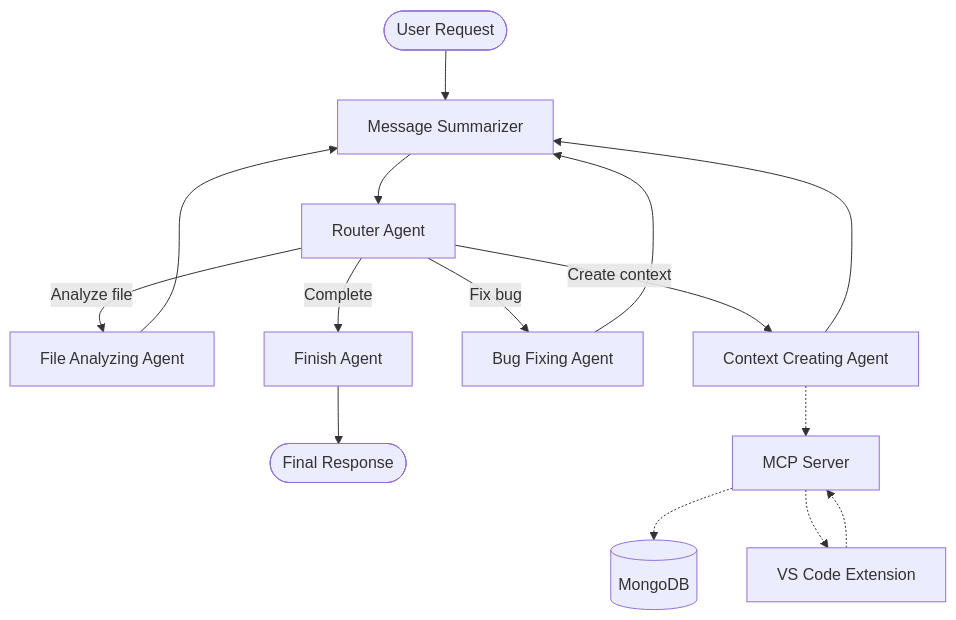
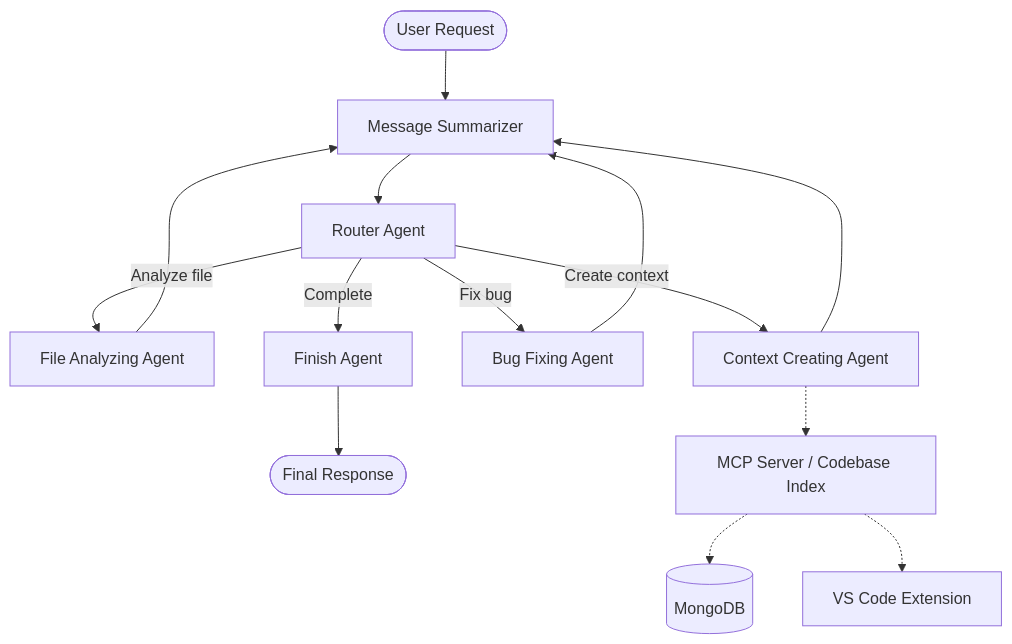
One commit to aryanKaga/project-nyxus changed the third of 3 diagrams in README.md. Above: the diagram before and after it, drawn with Mermaid. The commit also changed other lines of this file, not shown here.

Commit message:
docs: generate comprehensive project README covering architecture, workspace staging lifecycle, context questions, and answer.md design

````diff
--- a/README.md
+++ b/README.md
@@ -5,24 +228,21 @@
 ```mermaid
 flowchart TD
-
     START([User Request]) --> MS[Message Summarizer]
 
     MS --> R[Router Agent]
 
     R -->|Analyze file| FA[File Analyzing Agent]
     R -->|Create context| CC[Context Creating Agent]
     R -->|Fix bug| BF[Bug Fixing Agent]
     R -->|Complete| FIN[Finish Agent]
 
     FA --> MS
     CC --> MS
     BF --> MS
 
     FIN --> END([Final Response])
 
-    CC -.-> MCP[MCP Server]
+    CC -.-> MCP[MCP Server / Codebase Index]
     MCP -.-> DB[(MongoDB)]
     MCP -.-> IDE[VS Code Extension]
-
-    IDE -.-> MCP
 ```
````
